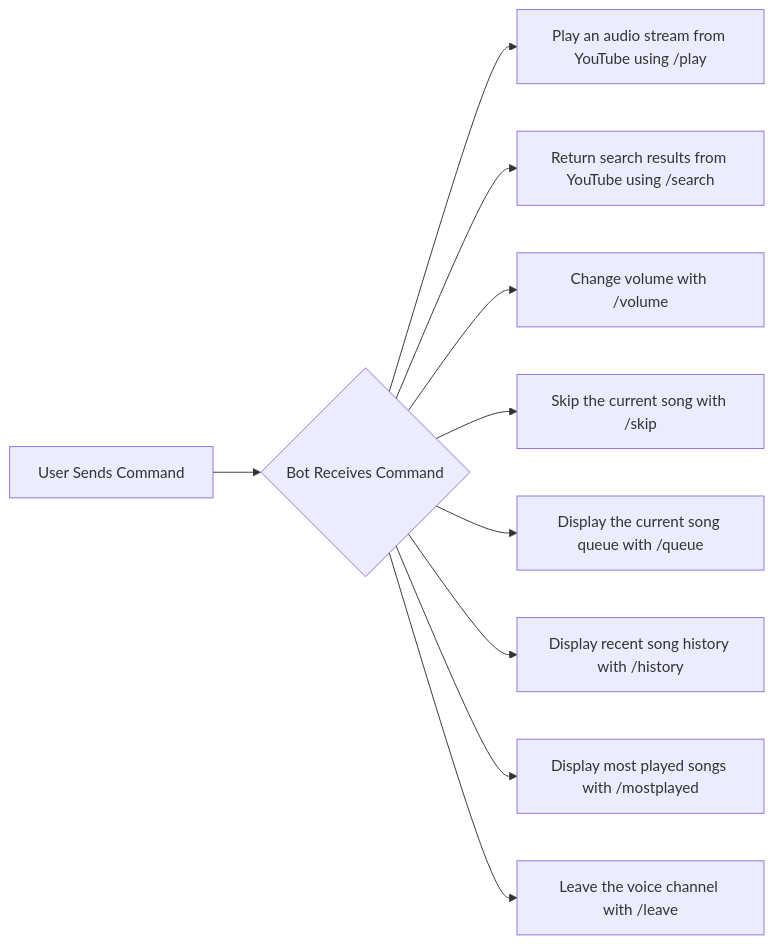
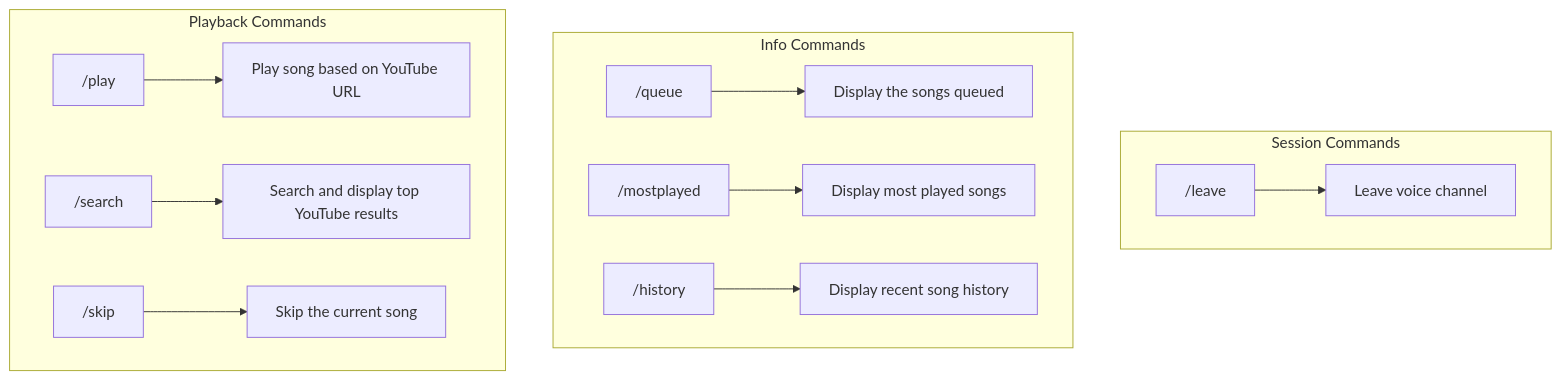
One commit to EZroot/DiscordMusicBot changed the diagram in README.md. Above: the diagram before and after it, drawn with Mermaid. The commit also changed other lines of this file, not shown here.

````diff
--- a/README.md
+++ b/README.md
@@ -45,12 +44,16 @@
 ```mermaid
-flowchart LR
-    A[User Sends Command] --> B{Bot Receives Command}
-    B --> C[Play an audio stream from YouTube using /play]
-    B --> D[Return search results from YouTube using /search]
-    B --> E[Change volume with /volume]
-    B --> F[Skip the current song with /skip]
-    B --> G[Display the current song queue with /queue]
-    B --> H[Display recent song history with /history]
-    B --> I[Display most played songs with /mostplayed]
-    B --> J[Leave the voice channel with /leave]
+flowchart TB
+    subgraph Session Commands
+        M["/leave"] --> N[Leave voice channel]
+    end
+    subgraph Info Commands
+        G["/queue"] --> H[Display the songs queued]
+        I["/mostplayed"] --> J[Display most played songs]
+        K["/history"] --> L[Display recent song history]
+    end
+		subgraph Playback Commands
+        A["/play <url>"] --> B[Play song based on YouTube URL]
+        C["/search <keyword>"] --> D[Search and display top YouTube results]
+        E["/skip"] --> F[Skip the current song]
+    end
 ```
````
